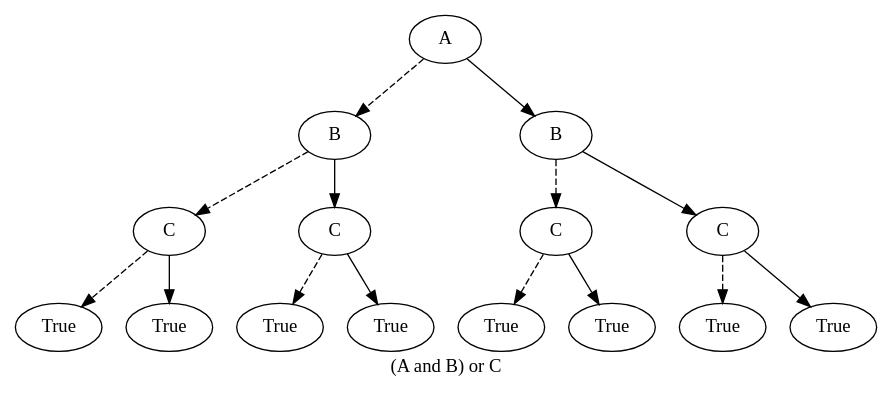
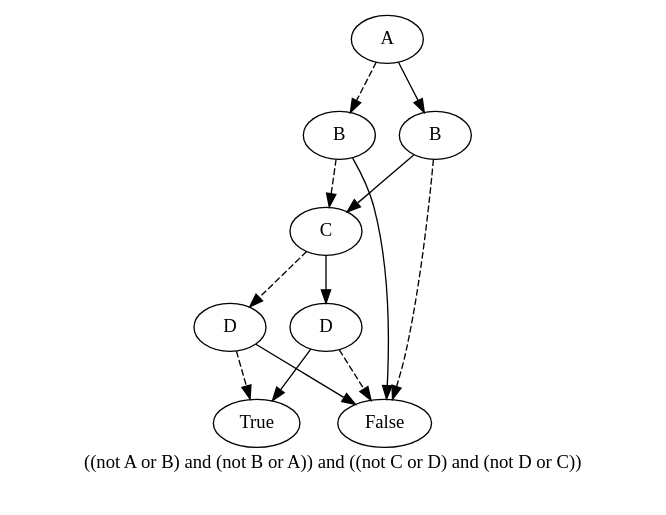
The diagram in BDD/out/reduced_out.dot (O1ez/IncreasingResilienceOfAutomatedVehicles), drawn with Graphviz before and after one commit. The commit also changed 8 other files, not shown here.

Commit message:
Reduced done, BDD can be drawn with graphviz

```diff
--- a/BDD/out/reduced_out.dot
+++ b/BDD/out/reduced_out.dot
@@ -1,31 +1,27 @@
 digraph{
-label="(A and B) or C\n\n"
-ABl[label=B]
-A -> ABl[style=dashed]
-ABlCl[label=C]
-ABl -> ABlCl[style=dashed]
-ABlClTruel[label=True]
-ABlCl -> ABlClTruel[style=dashed]
-ABlClTruer[label=True]
-ABlCl -> ABlClTruer
-ABlCr[label=C]
-ABl -> ABlCr
-ABlCrTruel[label=True]
-ABlCr -> ABlCrTruel[style=dashed]
-ABlCrTruer[label=True]
-ABlCr -> ABlCrTruer
-ABr[label=B]
-A -> ABr
-ABrCl[label=C]
-ABr -> ABrCl[style=dashed]
-ABrClTruel[label=True]
-ABrCl -> ABrClTruel[style=dashed]
-ABrClTruer[label=True]
-ABrCl -> ABrClTruer
-ABrCr[label=C]
-ABr -> ABrCr
-ABrCrTruel[label=True]
-ABrCr -> ABrCrTruel[style=dashed]
-ABrCrTruer[label=True]
-ABrCr -> ABrCrTruer
+label="((not A or B) and (not B or A)) and ((not C or D) and (not D or C))\n\n"
+1814491433616[label=A]1814491431952[label=B]
+1814491433616 -> 1814491431952[style=dashed]
+1814491431440[label=C]
+1814491431952 -> 1814491431440[style=dashed]
+1814491431056[label=D]
+1814491431440 -> 1814491431056[style=dashed]
+1814491430992[label=True]
+1814491431056 -> 1814491430992[style=dashed]
+1814491463632[label=False]
+1814491431056 -> 1814491463632
+1814491431248[label=D]
+1814491431440 -> 1814491431248
+1814491463632[label=False]
+1814491431248 -> 1814491463632[style=dashed]
+1814491430992[label=True]
+1814491431248 -> 1814491430992
+1814491463632[label=False]
+1814491431952 -> 1814491463632
+1814491433488[label=B]
+1814491433616 -> 1814491433488
+1814491463632[label=False]
+1814491433488 -> 1814491463632[style=dashed]
+1814491431440[label=C]
+1814491433488 -> 1814491431440
 }
```
